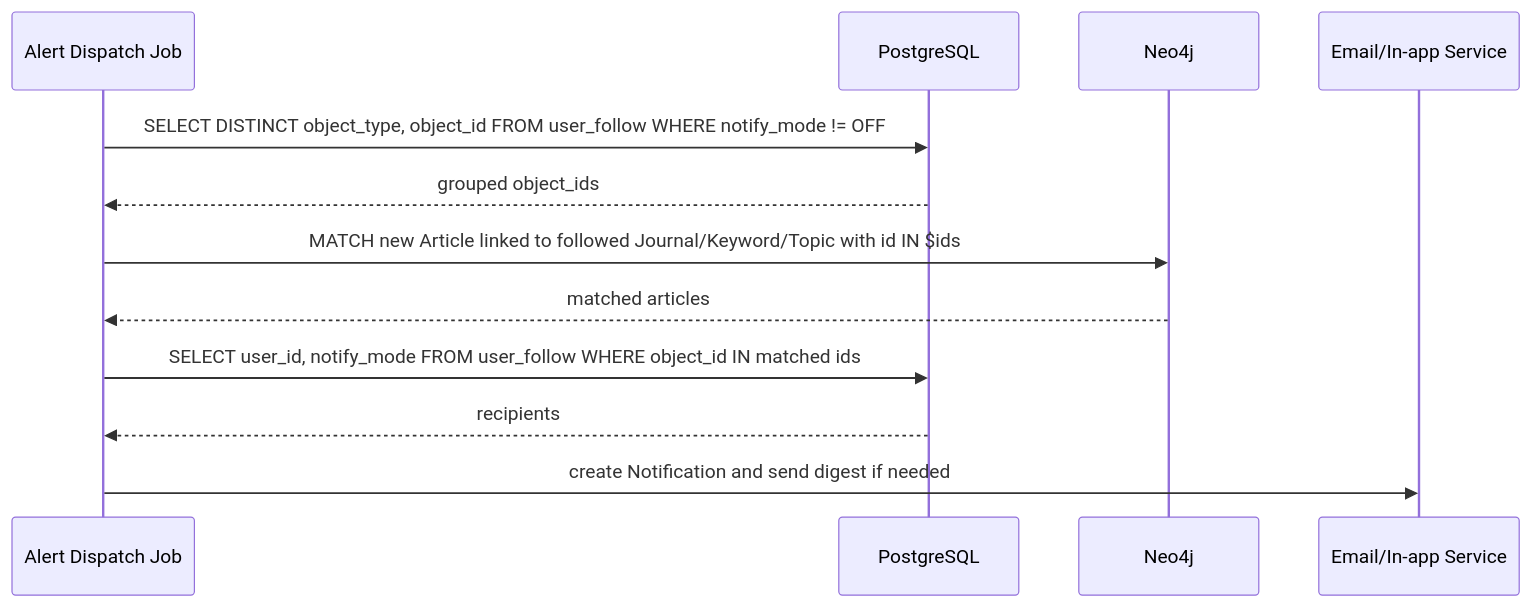
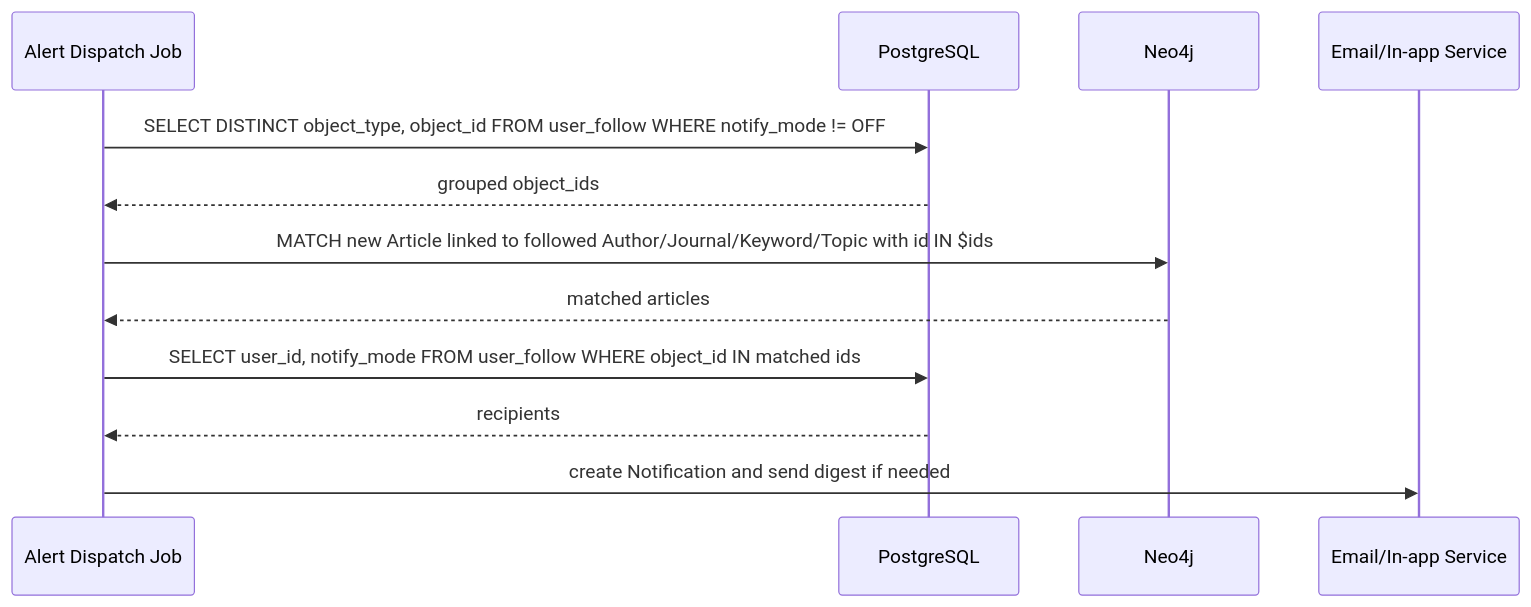
Before and after one commit to Scilab-alpha/Scilab: the fourth of 5 diagrams in docs/ERD/ERD.md, drawn with Mermaid. The commit also changed other lines of this file and 17 other files, not shown here.

````diff
--- a/docs/ERD/ERD.md
+++ b/docs/ERD/ERD.md
@@ -710,15 +710,15 @@
 ```mermaid
 sequenceDiagram
     participant Job as Alert Dispatch Job
     participant PG as PostgreSQL
     participant G as Neo4j
     participant Mail as Email/In-app Service
 
     Job->>PG: SELECT DISTINCT object_type, object_id FROM user_follow WHERE notify_mode != OFF
     PG-->>Job: grouped object_ids
-    Job->>G: MATCH new Article linked to followed Journal/Keyword/Topic with id IN $ids
+    Job->>G: MATCH new Article linked to followed Author/Journal/Keyword/Topic with id IN $ids
     G-->>Job: matched articles
     Job->>PG: SELECT user_id, notify_mode FROM user_follow WHERE object_id IN matched ids
     PG-->>Job: recipients
     Job->>Mail: create Notification and send digest if needed
 ```
````
